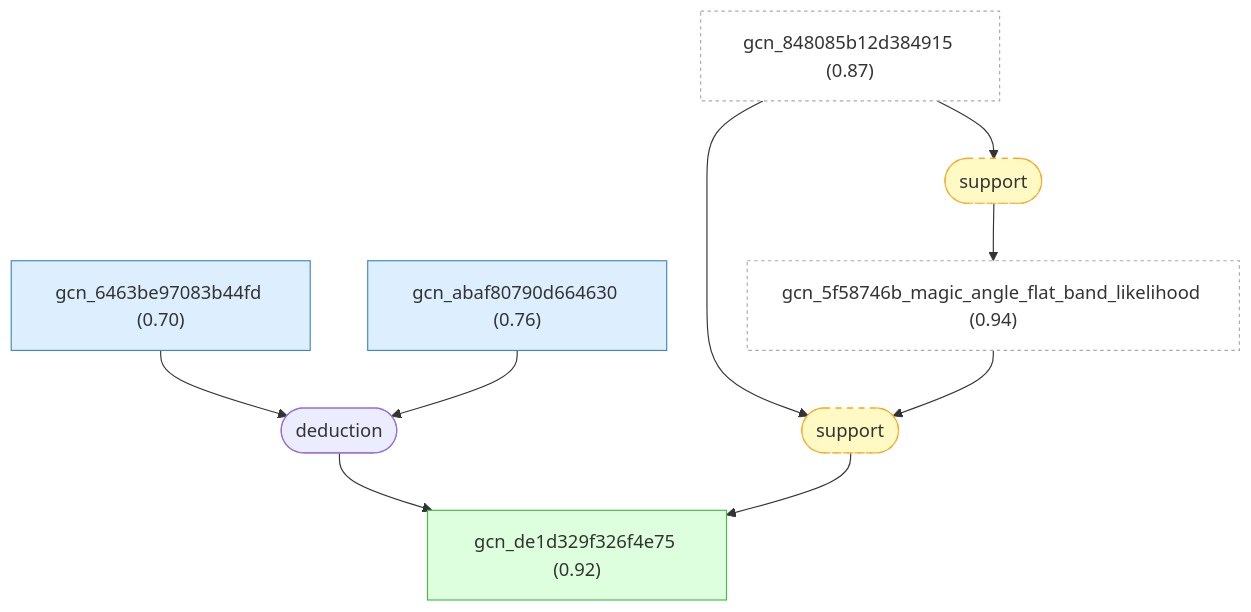
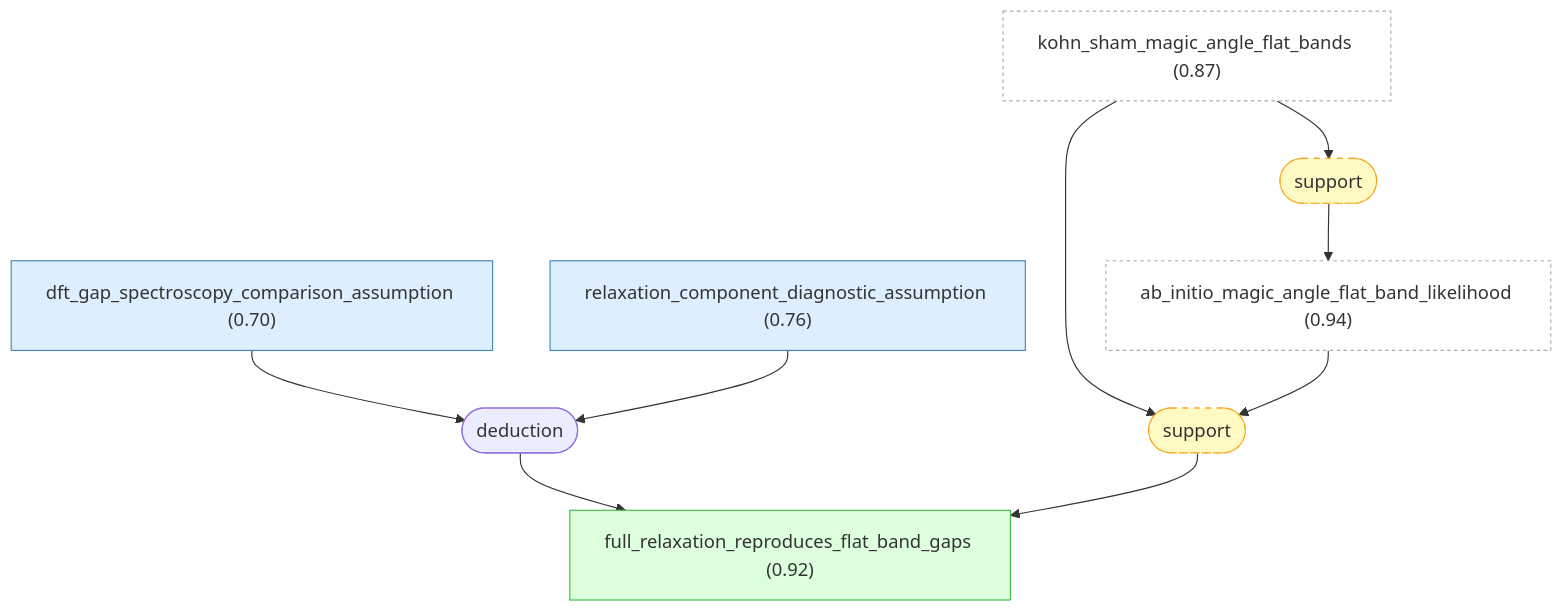
Before and after one commit to Callo42/tbg-magic-angle-gaia: the eighth of 10 diagrams in docs/detailed-reasoning.md, drawn with Mermaid. The commit also changed other lines of this file and 33 other files, not shown here.

````diff
--- a/docs/detailed-reasoning.md
+++ b/docs/detailed-reasoning.md
@@ -679,29 +677,29 @@
 ```mermaid
 graph TD
-    gcn_848085b12d384915["gcn_848085b12d384915 (0.87)"]:::external
-    gcn_5f58746b_magic_angle_flat_band_likelihood["gcn_5f58746b_magic_angle_flat_band_likelihood (0.94)"]:::external
-    gcn_6463be97083b44fd["gcn_6463be97083b44fd (0.70)"]:::premise
-    gcn_abaf80790d664630["gcn_abaf80790d664630 (0.76)"]:::premise
-    gcn_de1d329f326f4e75["gcn_de1d329f326f4e75 (0.92)"]:::derived
+    kohn_sham_magic_angle_flat_bands["kohn_sham_magic_angle_flat_bands (0.87)"]:::external
+    ab_initio_magic_angle_flat_band_likelihood["ab_initio_magic_angle_flat_band_likelihood (0.94)"]:::external
+    dft_gap_spectroscopy_comparison_assumption["dft_gap_spectroscopy_comparison_assumption (0.70)"]:::premise
+    relaxation_component_diagnostic_assumption["relaxation_component_diagnostic_assumption (0.76)"]:::premise
+    full_relaxation_reproduces_flat_band_gaps["full_relaxation_reproduces_flat_band_gaps (0.92)"]:::derived
     strat_7(["deduction"])
-    gcn_6463be97083b44fd --> strat_7
-    gcn_abaf80790d664630 --> strat_7
-    strat_7 --> gcn_de1d329f326f4e75
+    dft_gap_spectroscopy_comparison_assumption --> strat_7
+    relaxation_component_diagnostic_assumption --> strat_7
+    strat_7 --> full_relaxation_reproduces_flat_band_gaps
     strat_14(["support"]):::weak
-    gcn_848085b12d384915 --> strat_14
-    strat_14 --> gcn_5f58746b_magic_angle_flat_band_likelihood
+    kohn_sham_magic_angle_flat_bands --> strat_14
+    strat_14 --> ab_initio_magic_angle_flat_band_likelihood
     strat_15(["support"]):::weak
-    gcn_848085b12d384915 --> strat_15
-    gcn_5f58746b_magic_angle_flat_band_likelihood --> strat_15
-    strat_15 --> gcn_de1d329f326f4e75
+    kohn_sham_magic_angle_flat_bands --> strat_15
+    ab_initio_magic_angle_flat_band_likelihood --> strat_15
+    strat_15 --> full_relaxation_reproduces_flat_band_gaps
 
     classDef setting fill:#f0f0f0,stroke:#999,color:#333
     classDef premise fill:#ddeeff,stroke:#4488bb,color:#333
     classDef derived fill:#ddffdd,stroke:#44bb44,color:#333
     classDef question fill:#fff3dd,stroke:#cc9944,color:#333
     classDef background fill:#f5f5f5,stroke:#bbb,stroke-dasharray: 5 5,color:#333
     classDef orphan fill:#fff,stroke:#ccc,stroke-dasharray: 5 5,color:#333
     classDef external fill:#fff,stroke:#aaa,stroke-dasharray: 3 3,color:#333
     classDef weak fill:#fff9c4,stroke:#f9a825,stroke-dasharray: 5 5,color:#333
     classDef contra fill:#ffebee,stroke:#c62828,color:#333
 ```
````
